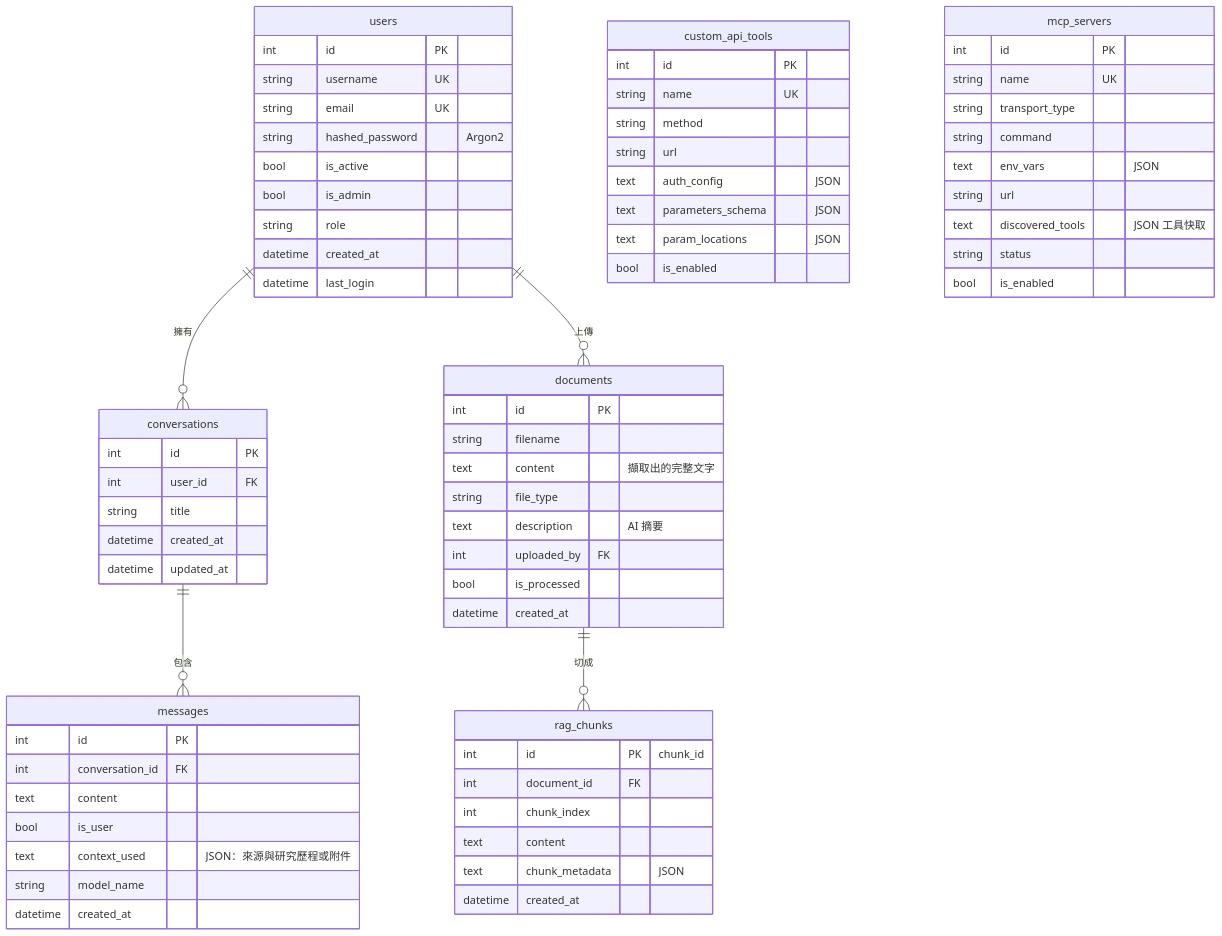
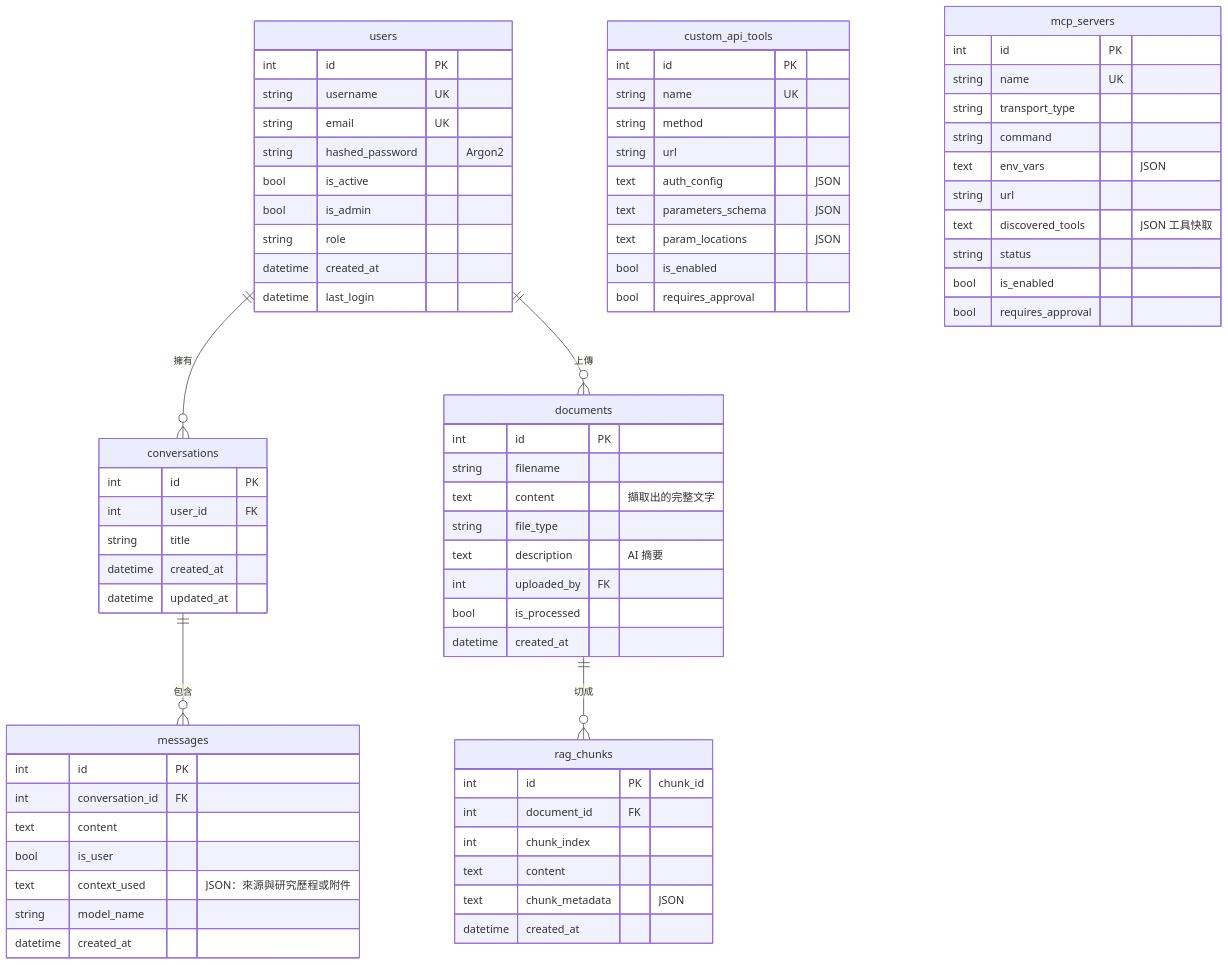
Before and after one commit to Scorpio-meow/AskMiao: the third of 9 diagrams in docs/architecture.md, drawn with Mermaid. The commit also changed other lines of this file and 84 other files, not shown here.

````diff
--- a/docs/architecture.md
+++ b/docs/architecture.md
@@ -138,74 +142,76 @@
 ```mermaid
 erDiagram
     users ||--o{ conversations : "擁有"
     conversations ||--o{ messages : "包含"
     users ||--o{ documents : "上傳"
     documents ||--o{ rag_chunks : "切成"
 
     users {
         int id PK
         string username UK
         string email UK
         string hashed_password "Argon2"
         bool is_active
         bool is_admin
         string role
         datetime created_at
         datetime last_login
     }
     conversations {
         int id PK
         int user_id FK
         string title
         datetime created_at
         datetime updated_at
     }
     messages {
         int id PK
         int conversation_id FK
         text content
         bool is_user
         text context_used "JSON：來源與研究歷程或附件"
         string model_name
         datetime created_at
     }
     documents {
         int id PK
         string filename
         text content "擷取出的完整文字"
         string file_type
         text description "AI 摘要"
         int uploaded_by FK
         bool is_processed
         datetime created_at
     }
     rag_chunks {
         int id PK "chunk_id"
         int document_id FK
         int chunk_index
         text content
         text chunk_metadata "JSON"
         datetime created_at
     }
     custom_api_tools {
         int id PK
         string name UK
         string method
         string url
         text auth_config "JSON"
         text parameters_schema "JSON"
         text param_locations "JSON"
         bool is_enabled
+        bool requires_approval
     }
     mcp_servers {
         int id PK
         string name UK
         string transport_type
         string command
         text env_vars "JSON"
         string url
         text discovered_tools "JSON 工具快取"
         string status
         bool is_enabled
+        bool requires_approval
     }
 ```
````
